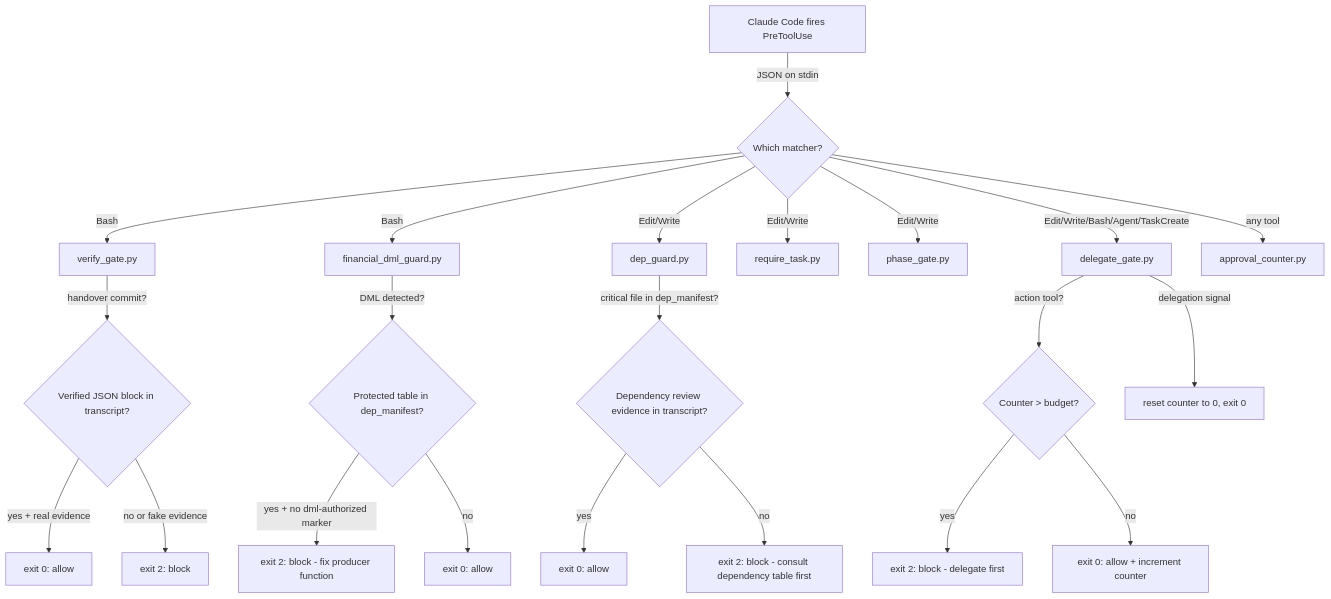
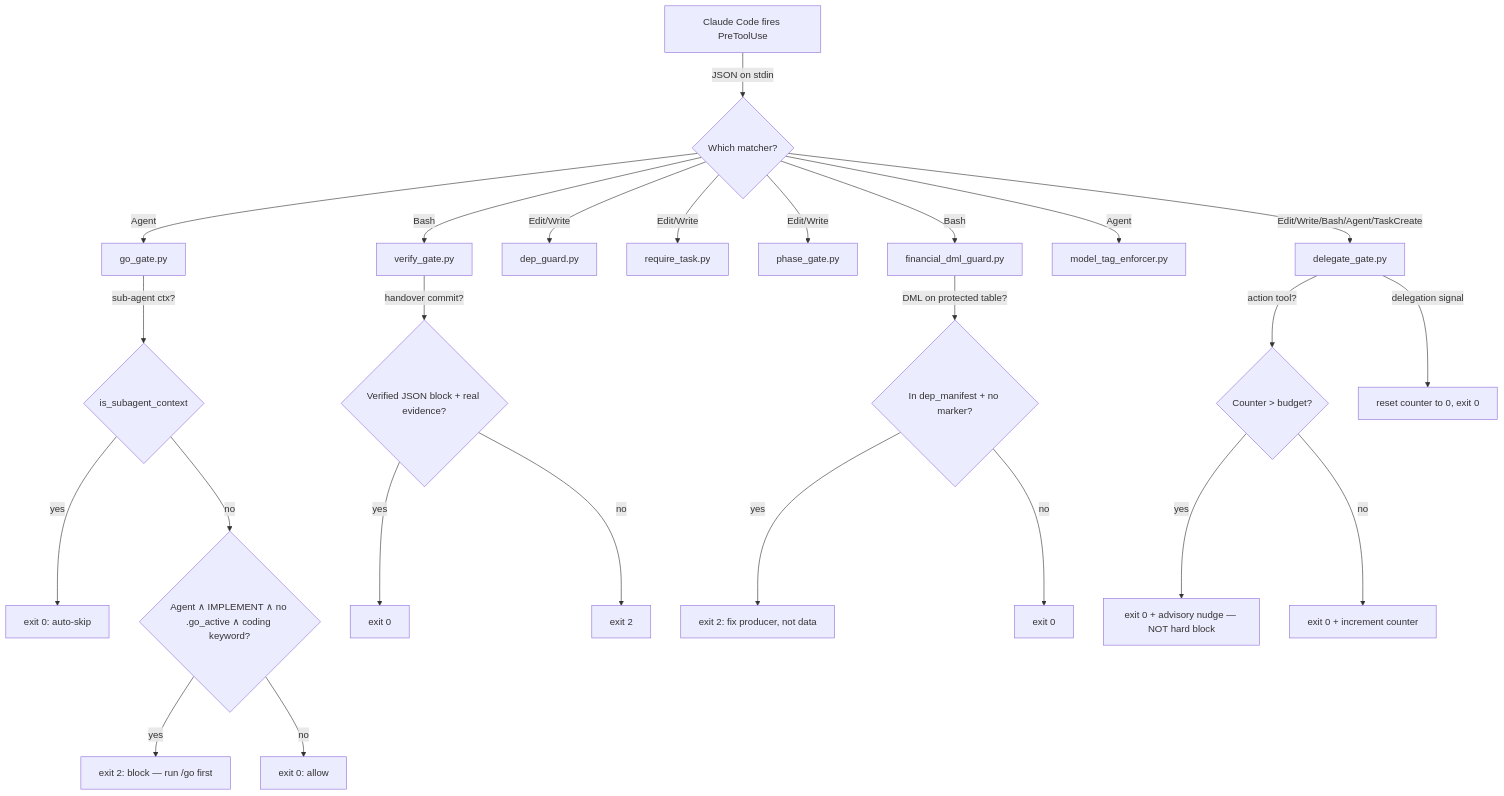
The fourth of 6 diagrams in ARCHITECTURE.md (demetrius2017/claude-booster), drawn with Mermaid before and after one commit. The commit also changed other lines of this file and 1 other file, not shown here.

First line of the commit message:
docs(architecture): update ARCHITECTURE.md + dep_manifest.json via /architecture --update

````diff
--- a/ARCHITECTURE.md
+++ b/ARCHITECTURE.md
@@ -154,29 +212,32 @@
 ```mermaid
 flowchart TD
     A[Claude Code fires PreToolUse] -->|JSON on stdin| B{Which matcher?}
 
     B -->|Bash| C[verify_gate.py]
     B -->|Bash| D[financial_dml_guard.py]
     B -->|Edit/Write| E[dep_guard.py]
     B -->|Edit/Write| F[require_task.py]
     B -->|Edit/Write| G[phase_gate.py]
+    B -->|Agent| GO[go_gate.py]
+    B -->|Agent| MT[model_tag_enforcer.py]
     B -->|Edit/Write/Bash/Agent/TaskCreate| H[delegate_gate.py]
-    B -->|any tool| I[approval_counter.py]
 
-    C -->|handover commit?| C1{Verified JSON block in transcript?}
-    C1 -->|yes + real evidence| C2[exit 0: allow]
-    C1 -->|no or fake evidence| C3[exit 2: block]
+    GO -->|sub-agent ctx?| GO0{is_subagent_context}
+    GO0 -->|yes| GOa[exit 0: auto-skip]
+    GO0 -->|no| GO1{Agent ∧ IMPLEMENT ∧ no .go_active ∧ coding keyword?}
+    GO1 -->|yes| GO2[exit 2: block — run /go first]
+    GO1 -->|no| GO3[exit 0: allow]
 
-    D -->|DML detected?| D1{Protected table in dep_manifest?}
-    D1 -->|yes + no dml-authorized marker| D2[exit 2: block - fix producer function]
-    D1 -->|no| D3[exit 0: allow]
+    C -->|handover commit?| C1{Verified JSON block + real evidence?}
+    C1 -->|yes| C2[exit 0]
+    C1 -->|no| C3[exit 2]
 
-    E -->|critical file in dep_manifest?| E1{Dependency review evidence in transcript?}
-    E1 -->|yes| E2[exit 0: allow]
-    E1 -->|no| E3[exit 2: block - consult dependency table first]
+    D -->|DML on protected table?| D1{In dep_manifest + no marker?}
+    D1 -->|yes| D2[exit 2: fix producer, not data]
+    D1 -->|no| D3[exit 0]
 
     H -->|action tool?| H1{Counter > budget?}
-    H1 -->|yes| H2[exit 2: block - delegate first]
-    H1 -->|no| H3[exit 0: allow + increment counter]
+    H1 -->|yes| H2[exit 0 + advisory nudge — NOT hard block]
+    H1 -->|no| H3[exit 0 + increment counter]
     H -->|delegation signal| H4[reset counter to 0, exit 0]
 ```
````
